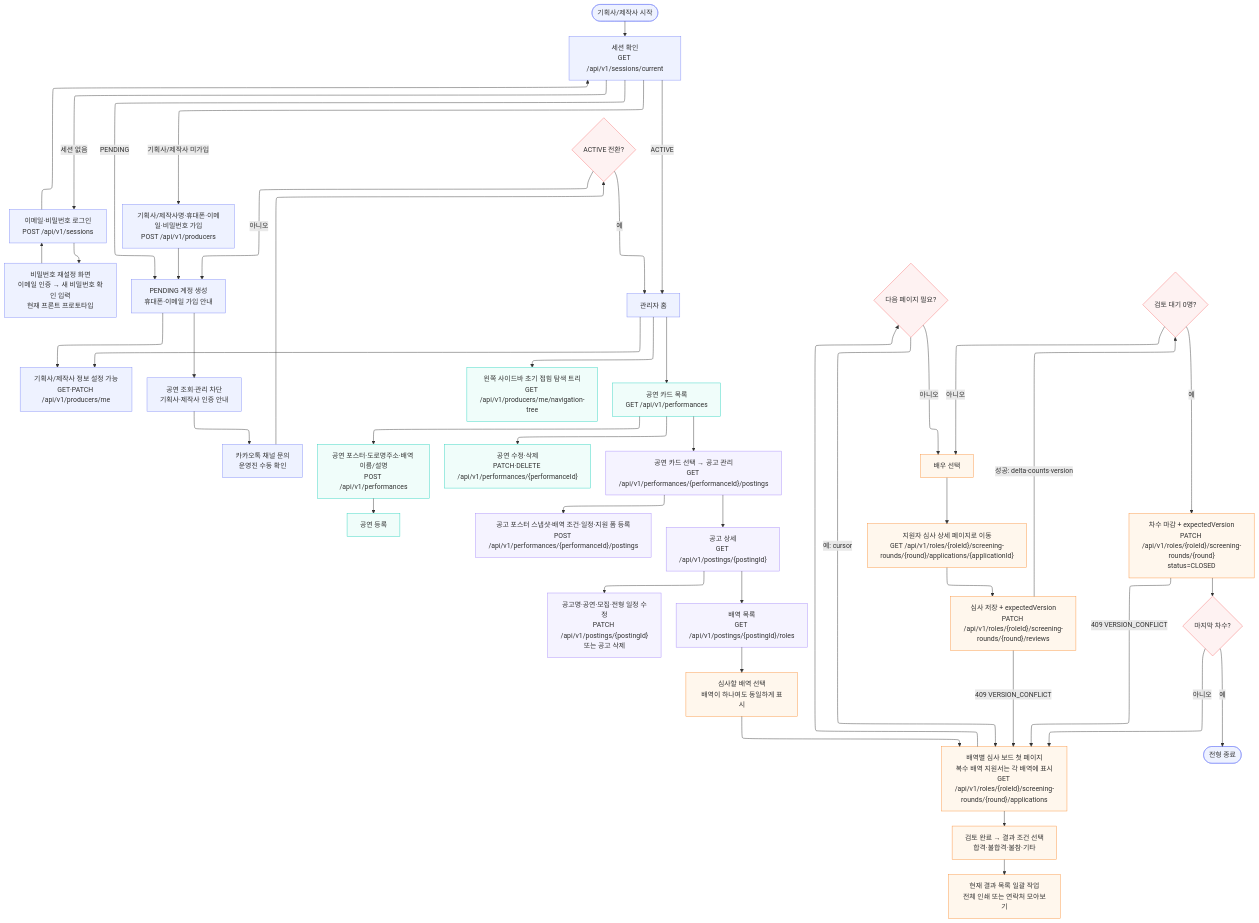
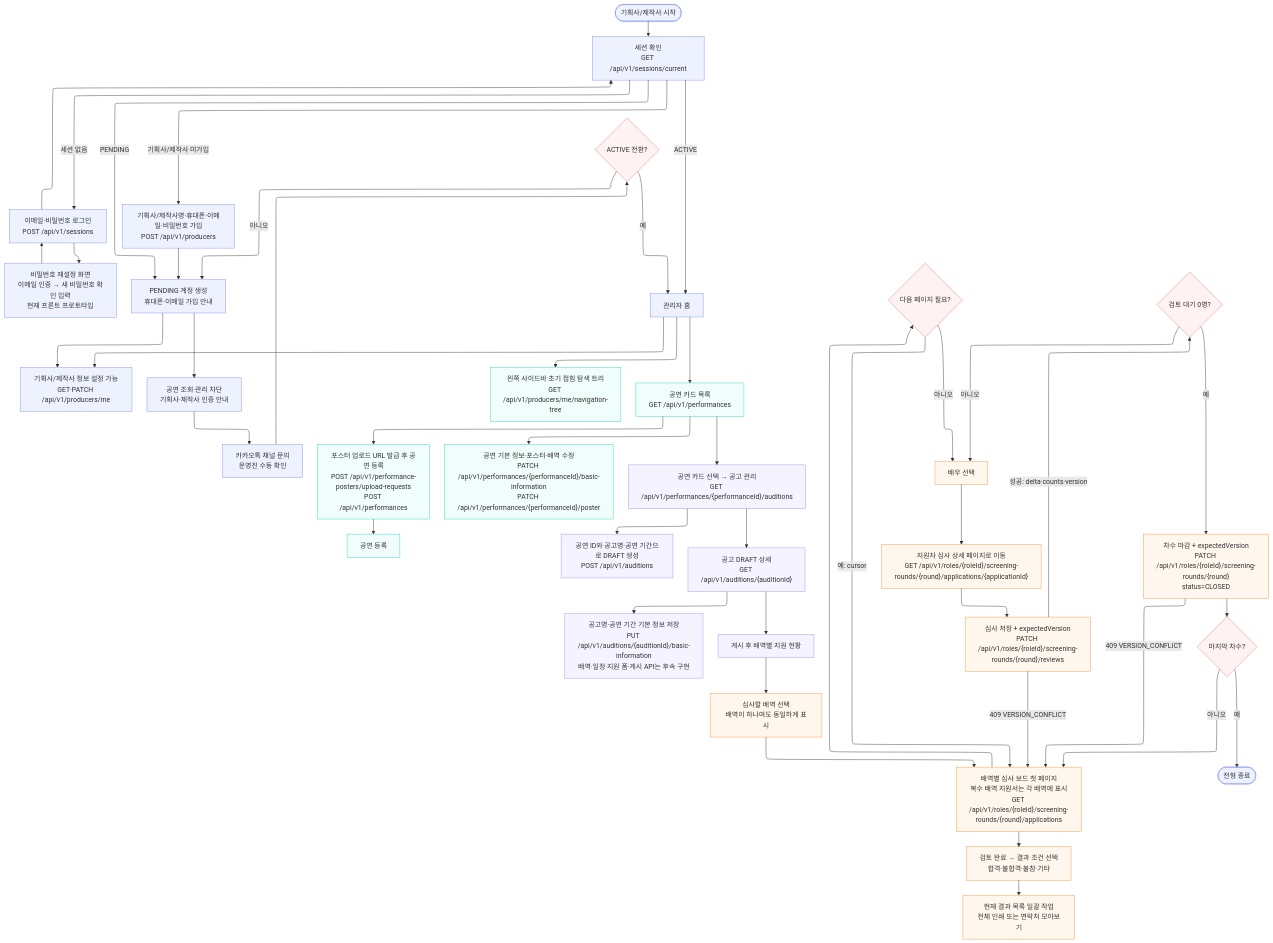
One commit to woowacourse-teams/2026-yesulin changed the diagram in docs/flowchart/producer.mmd. Above: the diagram before and after it, drawn with Mermaid. The commit also changed 18 other files, not shown here.

```diff
--- a/docs/flowchart/producer.mmd
+++ b/docs/flowchart/producer.mmd
@@ -1,53 +1,53 @@
 ---
 config:
   layout: elk
 ---
 flowchart TB
     START(["기획사/제작사 시작"]) --> SESSION["세션 확인<br>GET /api/v1/sessions/current"]
     SESSION -- 세션 없음 --> LOGIN["이메일·비밀번호 로그인<br>POST /api/v1/sessions"]
     LOGIN --> PASSWORD_RESET["비밀번호 재설정 화면<br>이메일 인증 → 새 비밀번호 확인 입력<br>현재 프론트 프로토타입"]
     PASSWORD_RESET --> LOGIN
     LOGIN --> SESSION
     SESSION -- 기획사/제작사 미가입 --> SIGNUP["기획사/제작사명·휴대폰·이메일·비밀번호 가입<br>POST /api/v1/producers"]
     SIGNUP --> PENDING["PENDING 계정 생성<br>휴대폰·이메일 가입 안내"]
     SESSION -- PENDING --> PENDING
     PENDING --> PROFILE["기획사/제작사 정보 설정 가능<br>GET·PATCH /api/v1/producers/me"]
     PENDING --> BLOCKED["공연 조회·관리 차단<br>기획사·제작사 인증 안내"]
     BLOCKED --> CONTACT["카카오톡 채널 문의<br>운영진 수동 확인"]
     CONTACT --> ACTIVE{"ACTIVE 전환?"}
     ACTIVE -- 아니오 --> PENDING
     ACTIVE -- 예 --> HOME["관리자 홈"]
     SESSION -- ACTIVE --> HOME
     HOME --> NAV["왼쪽 사이드바 초기 접힘 탐색 트리<br>GET /api/v1/producers/me/navigation-tree"] & PROFILE & PERF["공연 카드 목록<br>GET /api/v1/performances"]
-    PERF --> NEW_PERF["공연 포스터·도로명주소·배역 이름/설명<br>POST /api/v1/performances"] & EDIT_PERF["공연 수정·삭제<br>PATCH·DELETE /api/v1/performances/{performanceId}"] & POSTINGS["공연 카드 선택 → 공고 관리<br>GET /api/v1/performances/{performanceId}/postings"]
+    PERF --> NEW_PERF["포스터 업로드 URL 발급 후 공연 등록<br>POST /api/v1/performance-posters/upload-requests<br>POST /api/v1/performances"] & EDIT_PERF["공연 기본 정보·포스터·배역 수정<br>PATCH /api/v1/performances/{performanceId}/basic-information<br>PATCH /api/v1/performances/{performanceId}/poster"] & POSTINGS["공연 카드 선택 → 공고 관리<br>GET /api/v1/performances/{performanceId}/auditions"]
     NEW_PERF --> CREATE_PERF["공연 등록"]
-    POSTINGS --> CREATE_POSTING["공고 포스터 스냅샷·배역 조건·일정·지원 폼 등록<br>POST /api/v1/performances/{performanceId}/postings"] & POSTING_DETAIL["공고 상세<br>GET /api/v1/postings/{postingId}"]
-    POSTING_DETAIL --> EDIT_POSTING["공고명·공연·모집·전형 일정 수정<br>PATCH /api/v1/postings/{postingId}<br>또는 공고 삭제"] & ROLES["배역 목록<br>GET /api/v1/postings/{postingId}/roles"]
+    POSTINGS --> CREATE_POSTING["공연 ID와 공고명·공연 기간으로 DRAFT 생성<br>POST /api/v1/auditions"] & POSTING_DETAIL["공고 DRAFT 상세<br>GET /api/v1/auditions/{auditionId}"]
+    POSTING_DETAIL --> EDIT_POSTING["공고명·공연 기간 기본 정보 저장<br>PUT /api/v1/auditions/{auditionId}/basic-information<br>배역·일정·지원 폼·게시 API는 후속 구현"] & ROLES["게시 후 배역별 지원 현황"]
     ROLES --> CHOOSE_ROLE["심사할 배역 선택<br>배역이 하나여도 동일하게 표시"]
     CHOOSE_ROLE --> BOARD["배역별 심사 보드 첫 페이지<br>복수 배역 지원서는 각 배역에 표시<br>GET /api/v1/roles/{roleId}/screening-rounds/{round}/applications"]
     BOARD --> RESULT_FILTER["검토 완료 → 결과 조건 선택<br>합격·불합격·불참·기타"]
     RESULT_FILTER --> GROUP_ACTION["현재 결과 목록 일괄 작업<br>전체 인쇄 또는 연락처 모아보기"]
     BOARD --> MORE{"다음 페이지 필요?"}
     MORE -- 예: cursor --> BOARD
     MORE -- 아니오 --> SELECT["배우 선택"]
     SELECT --> APP_DETAIL["지원자 심사 상세 페이지로 이동<br>GET /api/v1/roles/{roleId}/screening-rounds/{round}/applications/{applicationId}"]
     APP_DETAIL --> REVIEW["심사 저장 + expectedVersion<br>PATCH /api/v1/roles/{roleId}/screening-rounds/{round}/reviews"]
     REVIEW -- 409 VERSION_CONFLICT --> BOARD
     REVIEW -- 성공: delta·counts·version --> DONE{"검토 대기 0명?"}
     DONE -- 아니오 --> SELECT
     DONE -- 예 --> CLOSE["차수 마감 + expectedVersion<br>PATCH /api/v1/roles/{roleId}/screening-rounds/{round}<br>status=CLOSED"]
     CLOSE -- 409 VERSION_CONFLICT --> BOARD
     CLOSE --> LAST{"마지막 차수?"}
     LAST -- 아니오 --> BOARD
     LAST -- 예 --> FINISH(["전형 종료"])
 
     classDef authNode stroke:#818cf8,fill:#eef2ff
     classDef perfNode stroke:#2dd4bf,fill:#f0fdfa
     classDef postingNode stroke:#a78bfa,fill:#f5f3ff
     classDef screeningNode stroke:#fb923c,fill:#fff7ed
     classDef decisionNode stroke:#f87171,fill:#fef2f2
     class START,SESSION,LOGIN,PASSWORD_RESET,SIGNUP,PENDING,PROFILE,BLOCKED,CONTACT,HOME,FINISH authNode
     class ACTIVE,MORE,DONE,LAST decisionNode
     class NAV,PERF,NEW_PERF,EDIT_PERF,CREATE_PERF perfNode
     class POSTINGS,CREATE_POSTING,POSTING_DETAIL,EDIT_POSTING,ROLES postingNode
     class BOARD,CHOOSE_ROLE,RESULT_FILTER,GROUP_ACTION,SELECT,APP_DETAIL,REVIEW,CLOSE screeningNode
```
